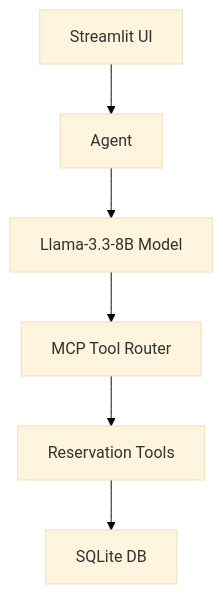
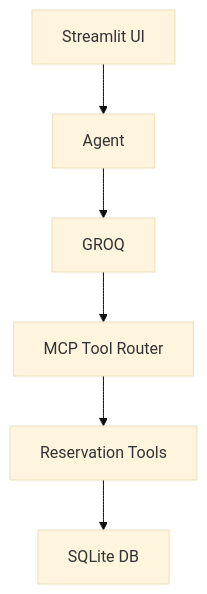
The first of 2 diagrams in README.md (Jagadeeshwar45/Restaurant-Reservation-System), drawn with Mermaid (base theme) before and after one commit. The commit also changed other lines of this file and 5 other files, not shown here.

Commit message:
Replace llama-cpp with Groq API for Streamlit deployment

````diff
--- a/README.md
+++ b/README.md
@@ -26,8 +26,8 @@
 ```mermaid
 flowchart TD
     A[Streamlit UI] --> B[Agent]
-    B --> C[Llama-3.3-8B Model]
+    B --> C[GROQ]
     C --> D[MCP Tool Router]
     D --> E[Reservation Tools]
     E --> F[SQLite DB]
 ```
````
